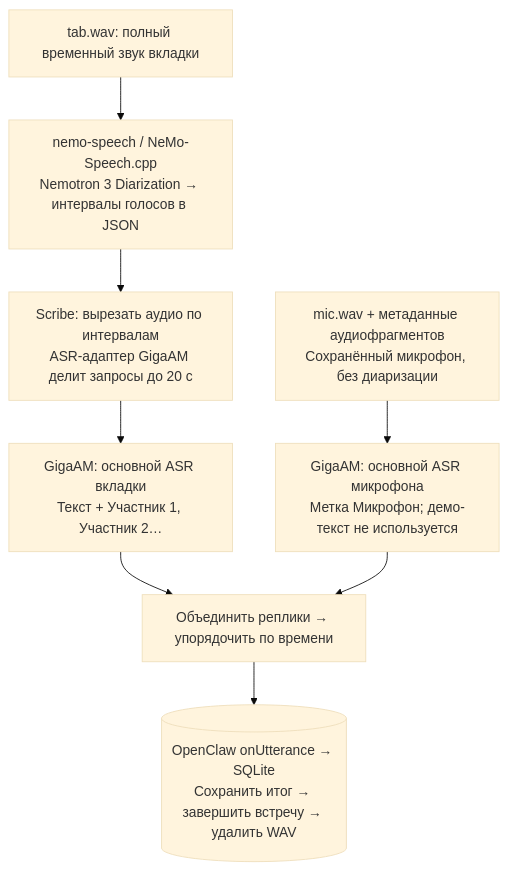
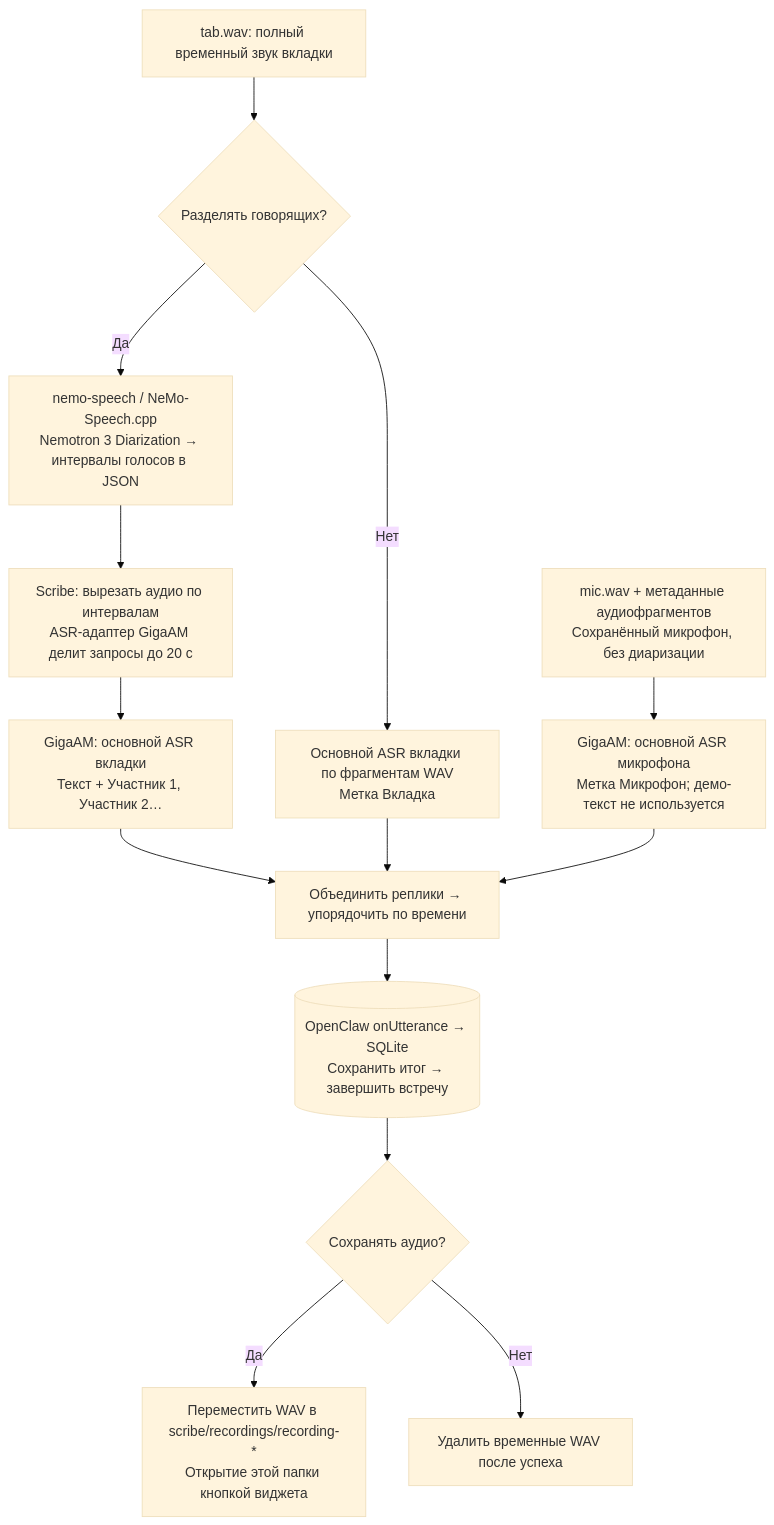
The second of 2 diagrams in docs/audio-flow.md (Efreh/openclaw-scribe), drawn with Mermaid (base theme) before and after one commit. The commit also changed other lines of this file and 24 other files, not shown here.

````diff
--- a/docs/audio-flow.md
+++ b/docs/audio-flow.md
@@ -53,14 +53,23 @@
 ```mermaid
 flowchart TD
     tab["tab.wav: полный временный звук вкладки"]
     diar["nemo-speech / NeMo-Speech.cpp<br/>Nemotron 3 Diarization → интервалы голосов в JSON"]
     pieces["Scribe: вырезать аудио по интервалам<br/>ASR-адаптер GigaAM делит запросы до 20 с"]
     tabASR["GigaAM: основной ASR вкладки<br/>Текст + Участник 1, Участник 2…"]
     mic["mic.wav + метаданные аудиофрагментов<br/>Сохранённый микрофон, без диаризации"]
     micASR["GigaAM: основной ASR микрофона<br/>Метка Микрофон; демо-текст не используется"]
     merge["Объединить реплики → упорядочить по времени"]
-    store[("OpenClaw onUtterance → SQLite<br/>Сохранить итог → завершить встречу → удалить WAV")]
+    store[("OpenClaw onUtterance → SQLite<br/>Сохранить итог → завершить встречу")]
 
-    tab --> diar --> pieces --> tabASR --> merge
-    mic --> micASR --> merge --> store
+    mode{"Разделять говорящих?"}
+    plain["Основной ASR вкладки по фрагментам WAV<br/>Метка Вкладка"]
+    retention{"Сохранять аудио?"}
+    keep["Переместить WAV в scribe/recordings/recording-*<br/>Открытие этой папки кнопкой виджета"]
+    clean["Удалить временные WAV после успеха"]
+    tab --> mode
+    mode -->|"Да"| diar --> pieces --> tabASR --> merge
+    mode -->|"Нет"| plain --> merge
+    mic --> micASR --> merge --> store --> retention
+    retention -->|"Да"| keep
+    retention -->|"Нет"| clean
 ```
````
